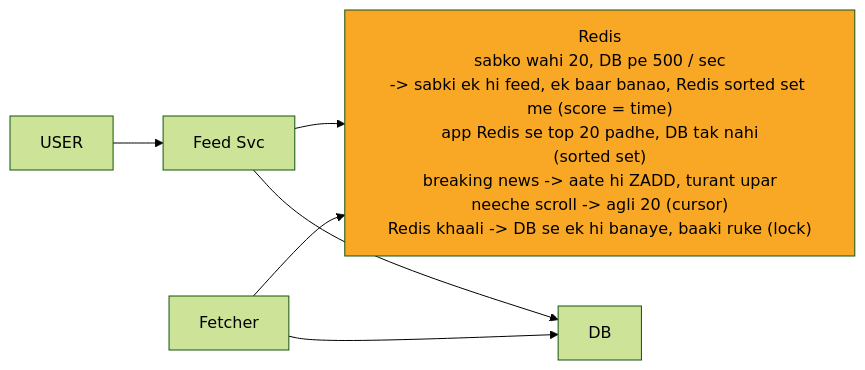
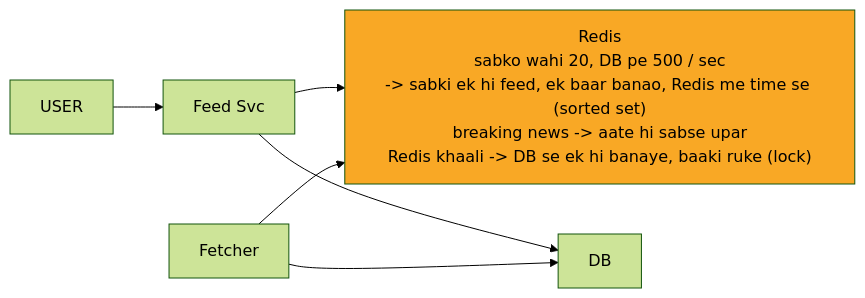
One commit to ArpanMaheshwari144/Prep changed the diagram in 04_HLD/SYSTEM_DESIGNS/08_news_aggregator/img/c1.mmd. Above: the diagram before and after it, drawn with Mermaid (forest theme). The commit also changed 39 other files, not shown here.

```diff
--- a/04_HLD/SYSTEM_DESIGNS/08_news_aggregator/img/c1.mmd
+++ b/04_HLD/SYSTEM_DESIGNS/08_news_aggregator/img/c1.mmd
@@ -1,13 +1,13 @@
 %%{init: {"flowchart": {"wrappingWidth": 450}}}%%
 flowchart LR
     n_USER["USER"]
     n_Feed_Svc["Feed Svc"]
-    n_Redis["Redis<br/>sabko wahi 20, DB pe 500 / sec<br/>-> sabki ek hi feed, ek baar banao, Redis sorted set me (score = time)<br/>app Redis se top 20 padhe, DB tak nahi<br/>(sorted set)<br/>breaking news -> aate hi ZADD, turant upar<br/>neeche scroll -> agli 20 (cursor)<br/>Redis khaali -> DB se ek hi banaye, baaki ruke (lock)"]
+    n_Redis["Redis<br/>sabko wahi 20, DB pe 500 / sec<br/>-> sabki ek hi feed, ek baar banao, Redis me time se (sorted set)<br/>breaking news -> aate hi sabse upar<br/>Redis khaali -> DB se ek hi banaye, baaki ruke (lock)"]
     n_DB["DB"]
     n_Fetcher["Fetcher"]
     n_USER --> n_Feed_Svc
     n_Feed_Svc --> n_Redis
     n_Feed_Svc --> n_DB
     n_Fetcher --> n_DB
     n_Fetcher --> n_Redis
     style n_Redis fill:#f9a825,color:#000
```
